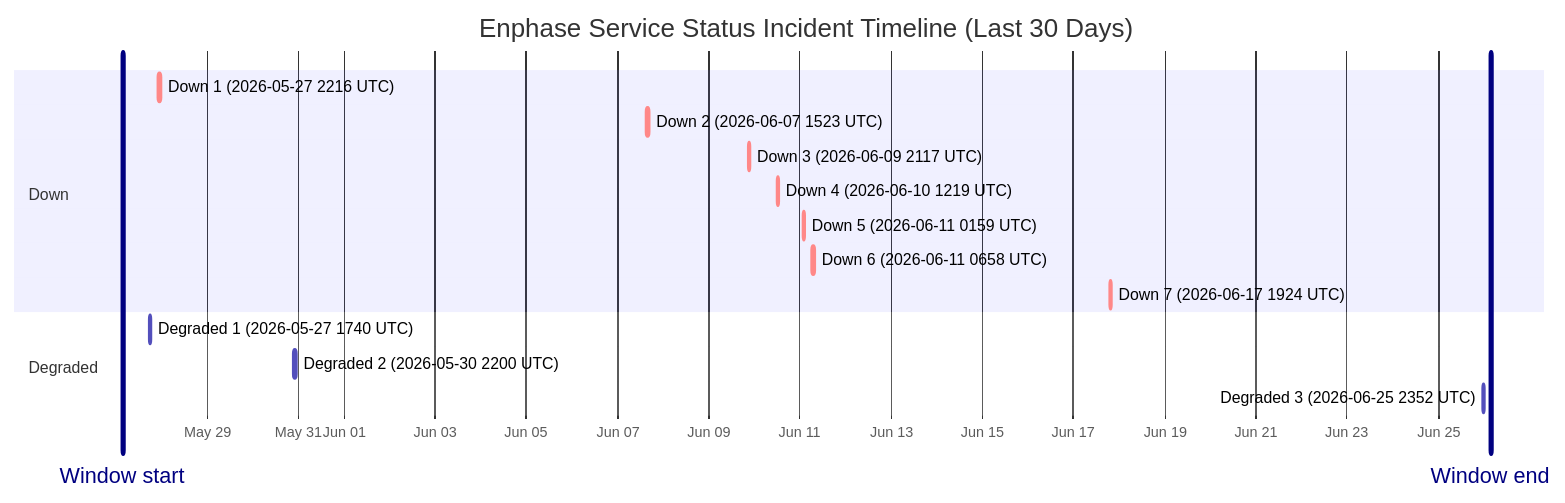
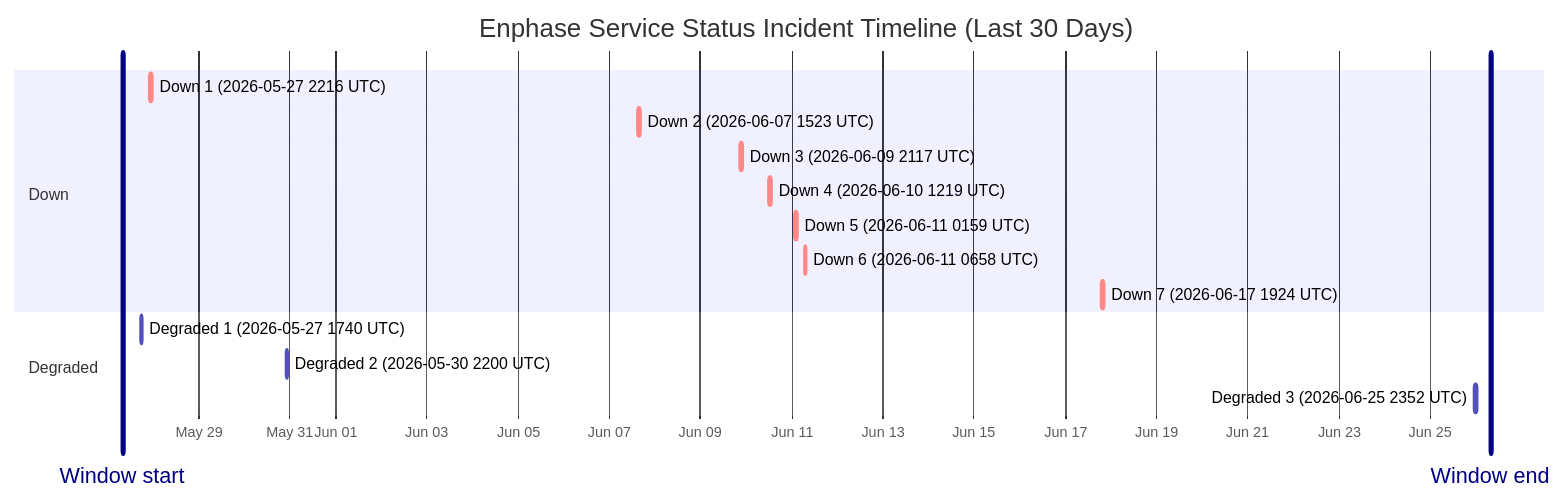
The diagram in wiki/Service-Status-History.md (barneyonline/ha-enphase-energy), drawn with Mermaid before and after one commit. The commit also changed other lines of this file and 3 other files, not shown here.

````diff
--- a/wiki/Service-Status-History.md
+++ b/wiki/Service-Status-History.md
@@ -14,20 +14,20 @@
 ```mermaid
 gantt
     title Enphase Service Status Incident Timeline (Last 30 Days)
     dateFormat  YYYY-MM-DDTHH:mm:ss
     axisFormat  %b %d
-    Window start :vert, window-start, 2026-05-27T03:35:16, 0ms
-    Window end :vert, window-end, 2026-06-26T03:35:16, 0ms
+    Window start :vert, window-start, 2026-05-27T07:51:09, 0ms
+    Window end :vert, window-end, 2026-06-26T07:51:09, 0ms
     section Down
     Down 1 (2026-05-27 2216 UTC) :crit, down-1, 2026-05-27T22:16:53, 87m
     Down 2 (2026-06-07 1523 UTC) :crit, down-2, 2026-06-07T15:23:22, 87m
     Down 3 (2026-06-09 2117 UTC) :crit, down-3, 2026-06-09T21:17:17, 60m
     Down 4 (2026-06-10 1219 UTC) :crit, down-4, 2026-06-10T12:19:21, 60m
     Down 5 (2026-06-11 0159 UTC) :crit, down-5, 2026-06-11T01:59:36, 60m
     Down 6 (2026-06-11 0658 UTC) :crit, down-6, 2026-06-11T06:58:45, 60m
     Down 7 (2026-06-17 1924 UTC) :crit, down-7, 2026-06-17T19:24:51, 60m
     section Degraded
     Degraded 1 (2026-05-27 1740 UTC) :active, degraded-1, 2026-05-27T17:40:52, 60m
     Degraded 2 (2026-05-30 2200 UTC) :active, degraded-2, 2026-05-30T22:00:37, 60m
     Degraded 3 (2026-06-25 2352 UTC) :active, degraded-3, 2026-06-25T23:52:01, 60m
 ```
````
